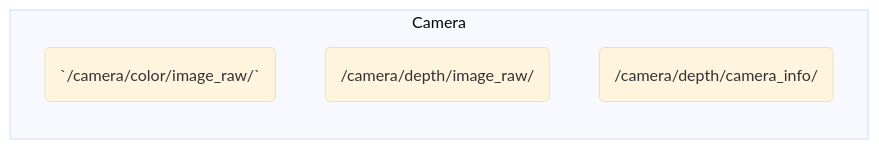
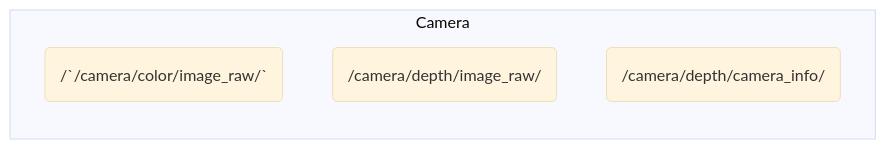
The diagram in README.md (iHaruruki/mediapipe_ros2), drawn with Mermaid (base theme) before and after one commit.

````diff
--- a/README.md
+++ b/README.md
@@ -6,9 +6,9 @@
 ```mermaid
 flowchart LR
   %% Camera
   subgraph Camera
-    CIMG(`/camera/color/image_raw/`)
+    CIMG(/`/camera/color/image_raw/`)
     GIMG(/camera/depth/image_raw/)
     GINFO(/camera/depth/camera_info/)
   end
 ```
````
